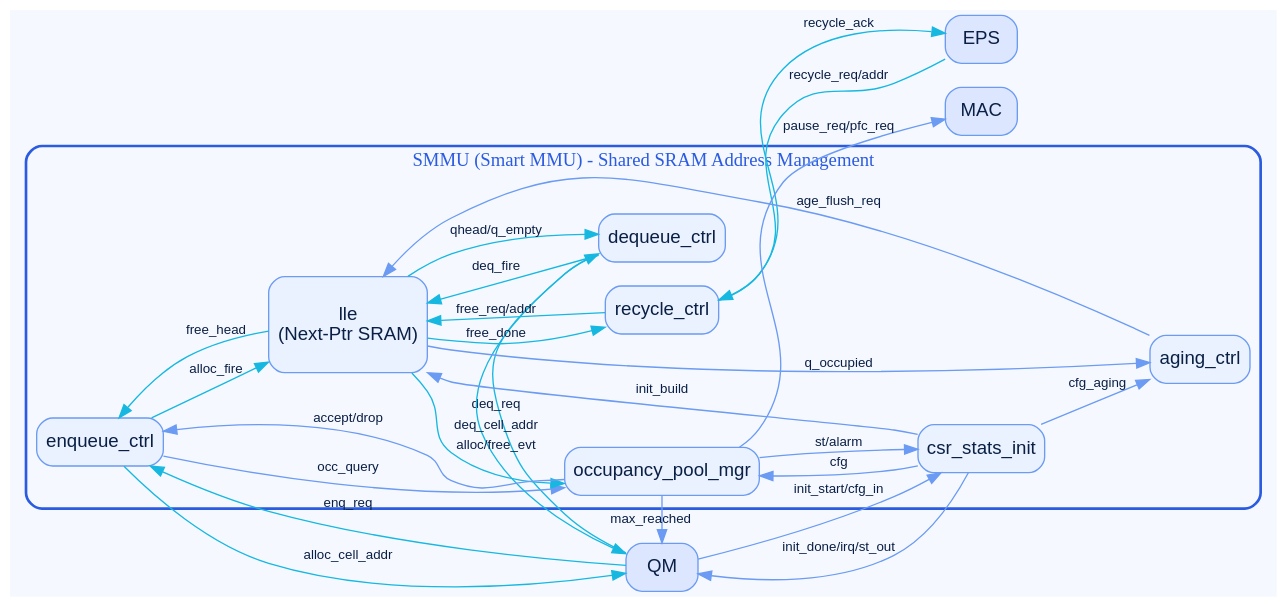
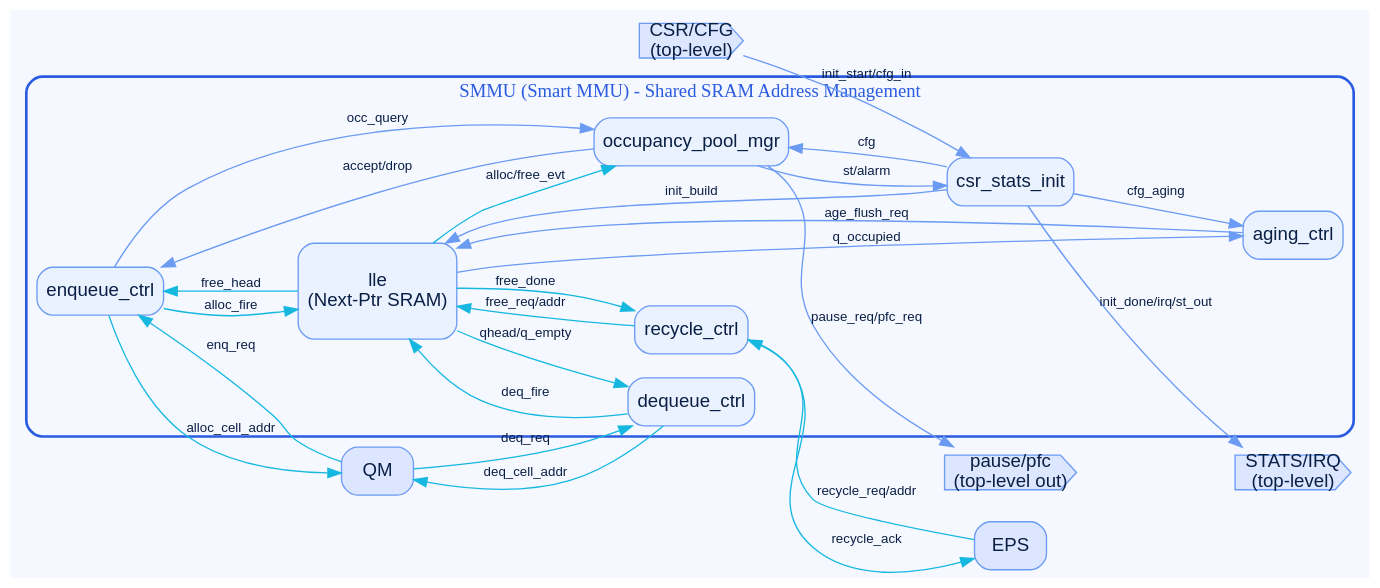
Before and after one commit to Verdvana/Verdvana.github.io: the diagram in transfer/doc/doc/SMMU_模块连接图_作图Prompt.md, drawn with Graphviz. The commit also changed other lines of this file, not shown here.

````diff
--- a/transfer/doc/doc/SMMU_模块连接图_作图Prompt.md
+++ b/transfer/doc/doc/SMMU_模块连接图_作图Prompt.md
@@ -162,54 +167,57 @@
 ```dot
 digraph SMMU {
   rankdir=LR;
   bgcolor="#F5F8FF";
   node [shape=box, style="rounded,filled", fillcolor="#EAF1FF",
         color="#6B9BF2", fontcolor="#0A1F44", fontname="Arial"];
   edge [fontname="Arial", fontsize=10, fontcolor="#0A1F44"];
 
   // external actors
   QM  [fillcolor="#DDE6FF", label="QM"];
   EPS [fillcolor="#DDE6FF", label="EPS"];
-  MAC [fillcolor="#DDE6FF", label="MAC"];
+
+  // SMMU top-level ports (直连顶层边框)
+  CSR_CFG   [shape=cds, fillcolor="#DDE6FF", label="CSR/CFG\n(top-level)"];
+  STATS_IRQ [shape=cds, fillcolor="#DDE6FF", label="STATS/IRQ\n(top-level)"];
+  FLOWCTRL  [shape=cds, fillcolor="#DDE6FF", label="pause/pfc\n(top-level out)"];
 
   // SMMU boundary as a cluster
   subgraph cluster_smmu {
     label="SMMU (Smart MMU) - Shared SRAM Address Management";
     color="#2A5BE0"; fontcolor="#2A5BE0"; style="rounded"; penwidth=2;
     enqueue_ctrl; dequeue_ctrl; recycle_ctrl;
     lle [label="lle\n(Next-Ptr SRAM)", width=1.6, height=1.0];
     occupancy_pool_mgr; aging_ctrl; csr_stats_init;
   }
 
   // datapath (cyan-blue)
   edge [color="#17B8E0"];
   QM -> enqueue_ctrl              [label="enq_req"];
   enqueue_ctrl -> QM              [label="alloc_cell_addr"];
   QM -> dequeue_ctrl              [label="deq_req"];
   dequeue_ctrl -> QM              [label="deq_cell_addr"];
   EPS -> recycle_ctrl             [label="recycle_req/addr"];
   recycle_ctrl -> EPS             [label="recycle_ack"];
   enqueue_ctrl -> lle             [label="alloc_fire"];
   lle -> enqueue_ctrl             [label="free_head"];
   dequeue_ctrl -> lle             [label="deq_fire"];
   lle -> dequeue_ctrl             [label="qhead/q_empty"];
   recycle_ctrl -> lle             [label="free_req/addr"];
   lle -> recycle_ctrl             [label="free_done"];
   lle -> occupancy_pool_mgr       [label="alloc/free_evt"];
 
   // control/config/stats (light blue)
   edge [color="#6B9BF2"];
-  occupancy_pool_mgr -> QM        [label="max_reached"];
-  occupancy_pool_mgr -> MAC       [label="pause_req/pfc_req"];
-  QM -> csr_stats_init            [label="init_start/cfg_in"];
-  csr_stats_init -> QM            [label="init_done/irq/st_out"];
+  occupancy_pool_mgr -> FLOWCTRL  [label="pause_req/pfc_req"];
+  CSR_CFG -> csr_stats_init       [label="init_start/cfg_in"];
+  csr_stats_init -> STATS_IRQ     [label="init_done/irq/st_out"];
   enqueue_ctrl -> occupancy_pool_mgr [label="occ_query"];
   occupancy_pool_mgr -> enqueue_ctrl [label="accept/drop"];
   aging_ctrl -> lle               [label="age_flush_req"];
   lle -> aging_ctrl               [label="q_occupied"];
   csr_stats_init -> occupancy_pool_mgr [label="cfg"];
   occupancy_pool_mgr -> csr_stats_init [label="st/alarm"];
   csr_stats_init -> aging_ctrl    [label="cfg_aging"];
   csr_stats_init -> lle           [label="init_build"];
 }
 ```
````
